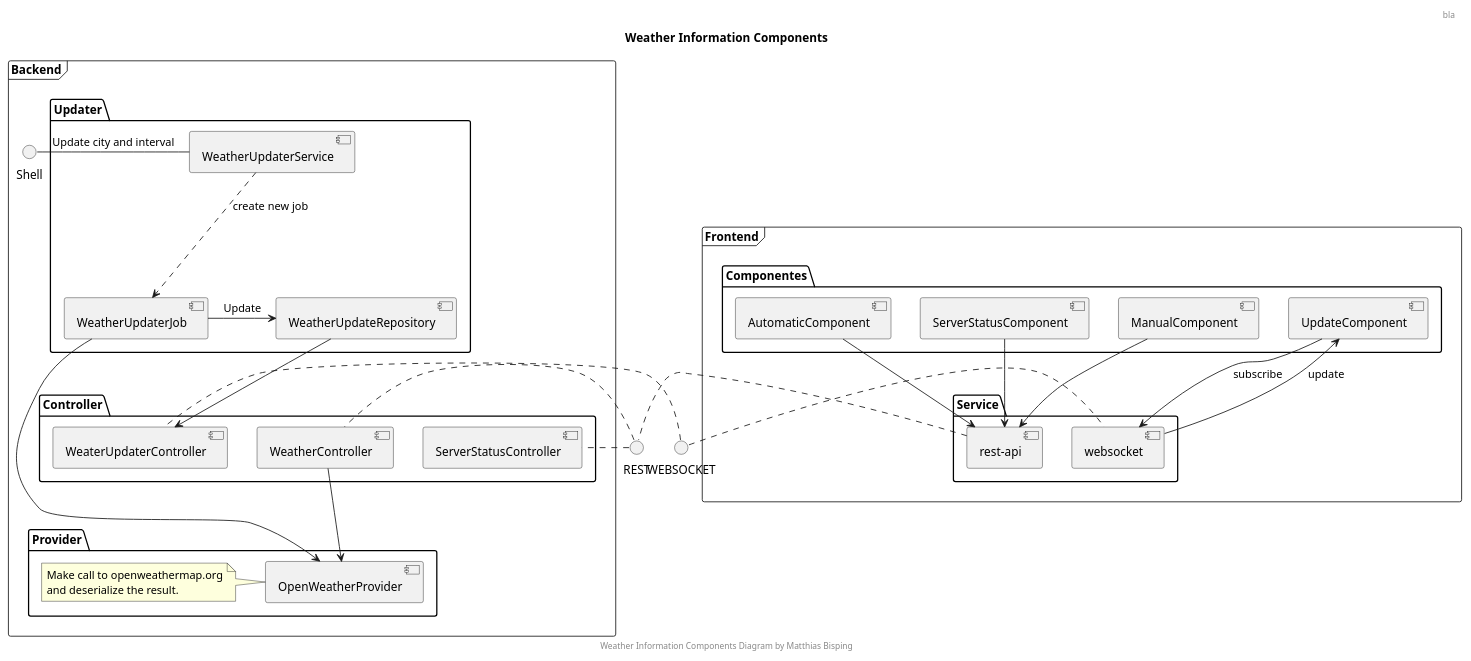
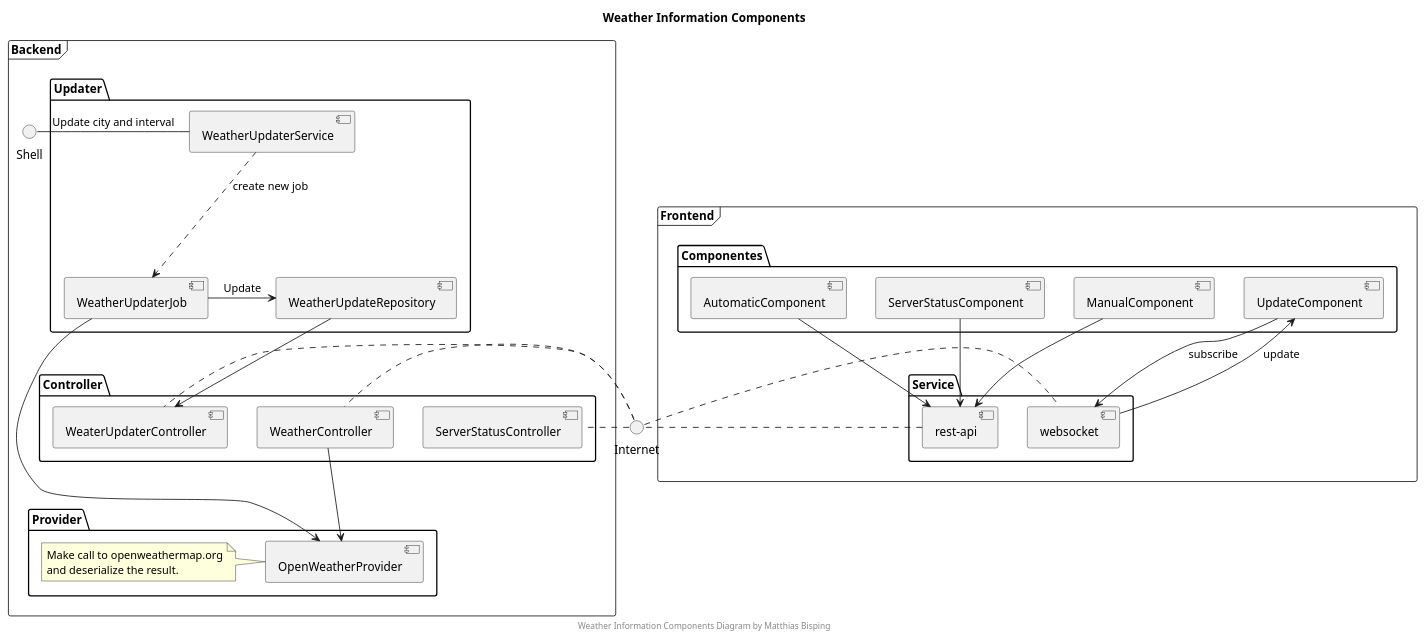
The diagram in _/weather_information_component.puml (matthias-bisping/weather_information), drawn with PlantUML before and after one commit. The commit also changed 3 other files, not shown here.

Commit message:
uml sequences

```diff
--- a/_/weather_information_component.puml
+++ b/_/weather_information_component.puml
@@ -1,72 +1,68 @@
 @startuml
 skinparam componentStyle uml
-
-header
-bla
-end header
 
 footer
 Weather Information Components Diagram by Matthias Bisping
 end footer
 
 title Weather Information Components
 
 frame "Backend" {
 package "Controller" {
     component ServerStatusController
     component WeatherController
     component WeaterUpdaterController
 }
 
 package "Updater" {
     component WeatherUpdateRepository
     [WeatherUpdaterJob]
     component WeatherUpdaterService
 }
 
 package "Provider" {
     component OpenWeatherProvider
 
     note left of OpenWeatherProvider
         Make call to openweathermap.org
         and deserialize the result.
     end note
 }
 
 WeatherController --> OpenWeatherProvider
 WeatherUpdateRepository --> WeaterUpdaterController
 WeatherUpdaterService ..> WeatherUpdaterJob : create new job
 WeatherUpdaterJob -> OpenWeatherProvider
 WeatherUpdaterJob -> WeatherUpdateRepository : Update
 
 Shell - WeatherUpdaterService : Update city and interval
 }
 
-REST . ServerStatusController
-REST . WeatherController
-WEBSOCKET . WeaterUpdaterController
+Internet . ServerStatusController
+Internet . WeatherController
+Internet . WeaterUpdaterController
 
 frame "Frontend" {
     package "Service" {
         [rest-api]
         [websocket]
     }
     package "Componentes" {
         [ServerStatusComponent]
         [ManualComponent]
         [AutomaticComponent]
         [UpdateComponent]
     }
 }
 
 [ServerStatusComponent] --> [rest-api]
 [ManualComponent] --> [rest-api]
 [AutomaticComponent] --> [rest-api]
 
 [UpdateComponent] --> [websocket] : subscribe
 [websocket] --> [UpdateComponent] : update
 
-[rest-api] . REST
-WEBSOCKET . [websocket]
+[rest-api] . Internet
+Internet . [websocket]
 
 @enduml
```
